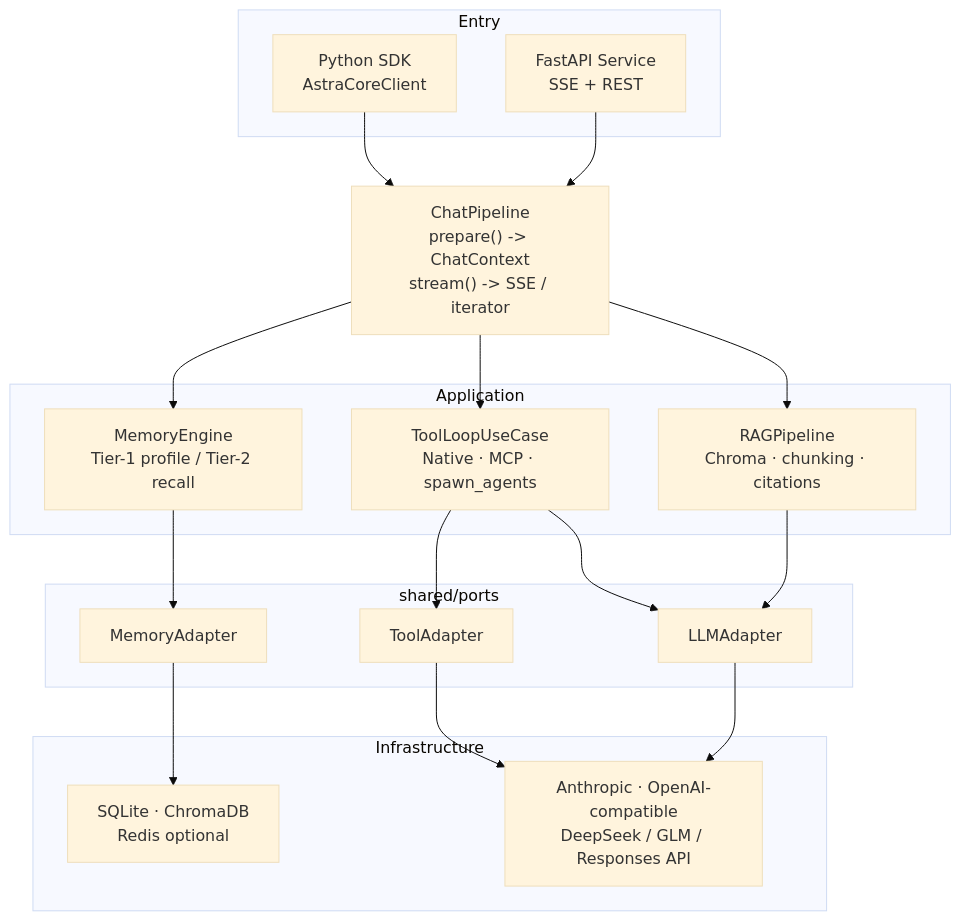
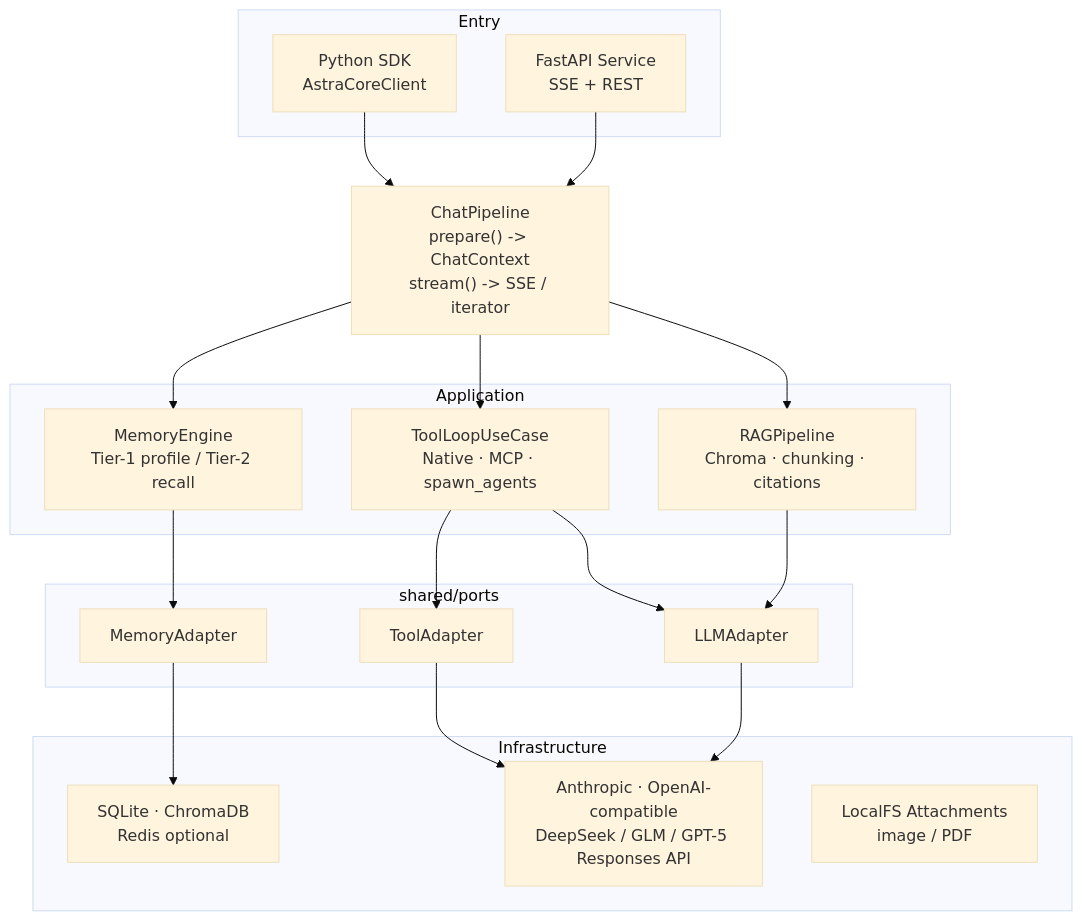
One commit to ayxworxfr/AstraCoreAI changed the diagram in README.md. Above: the diagram before and after it, drawn with Mermaid (base theme). The commit also changed other lines of this file and 43 other files, not shown here.

````diff
--- a/README.md
+++ b/README.md
@@ -96,37 +121,38 @@
 ```mermaid
 flowchart TD
     subgraph Entry
         SDK["Python SDK\nAstraCoreClient"]
         HTTP["FastAPI Service\nSSE + REST"]
     end
 
     SDK & HTTP --> CP
 
     CP["ChatPipeline\nprepare() -> ChatContext\nstream() -> SSE / iterator"]
 
     subgraph Application
         ME["MemoryEngine\nTier-1 profile / Tier-2 recall"]
         TL["ToolLoopUseCase\nNative · MCP · spawn_agents"]
         RP["RAGPipeline\nChroma · chunking · citations"]
     end
 
     CP --> ME & TL & RP
 
     subgraph Ports["shared/ports"]
         LLMPort["LLMAdapter"]
         ToolPort["ToolAdapter"]
         MemPort["MemoryAdapter"]
     end
 
     ME --> MemPort
     TL --> ToolPort & LLMPort
     RP --> LLMPort
 
     subgraph Infrastructure
-        INF_LLM["Anthropic · OpenAI-compatible\nDeepSeek / GLM / Responses API"]
+        INF_LLM["Anthropic · OpenAI-compatible\nDeepSeek / GLM / GPT-5 Responses API"]
         INF_MEM["SQLite · ChromaDB\nRedis optional"]
+        INF_ATT["LocalFS Attachments\nimage / PDF"]
     end
 
     LLMPort & ToolPort --> INF_LLM
     MemPort --> INF_MEM
 ```
````
